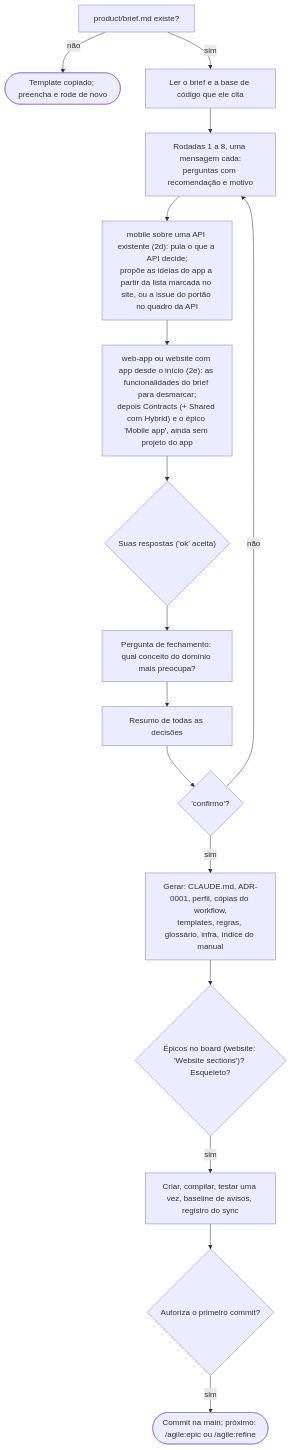
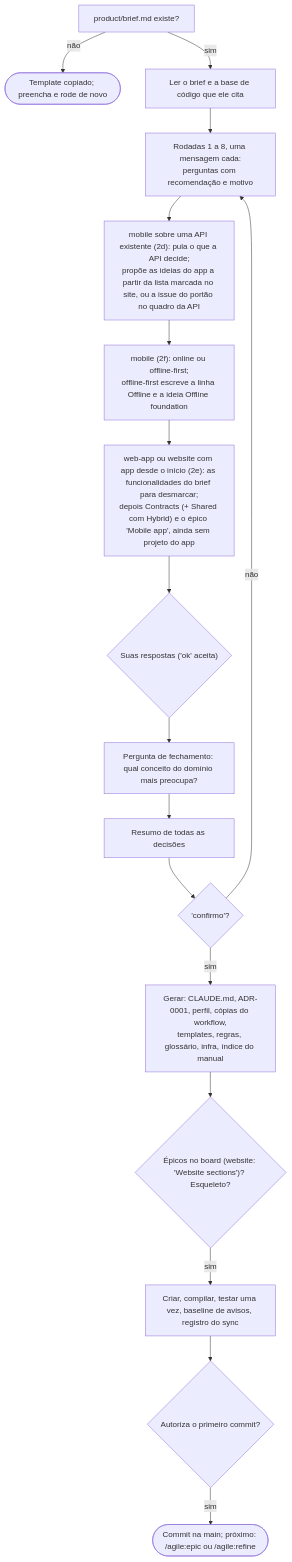
One commit to alexcanario/simulab changed the third of 20 diagrams in docs/agile/workflow.pt-BR.md. Above: the diagram before and after it, drawn with Mermaid. The commit also changed other lines of this file and 4 other files, not shown here.

````diff
--- a/docs/agile/workflow.pt-BR.md
+++ b/docs/agile/workflow.pt-BR.md
@@ -2266,18 +2290,19 @@
 ```mermaid
 flowchart TD
     A["product/brief.md existe?"] -->|não| A1(["Template copiado; preencha e rode de novo"])
     A -->|sim| B["Ler o brief e a base de código que ele cita"]
     B --> C["Rodadas 1 a 8, uma mensagem cada:<br/>perguntas com recomendação e motivo"]
     C --> C1["mobile sobre uma API existente (2d): pula o que a API decide;<br/>propõe as ideias do app a partir da lista marcada no site, ou a issue do portão no quadro da API"]
-    C1 --> C2["web-app ou website com app desde o início (2e): as funcionalidades do brief para desmarcar;<br/>depois Contracts (+ Shared com Hybrid) e o épico 'Mobile app', ainda sem projeto do app"]
+    C1 --> C1b["mobile (2f): online ou offline-first;<br/>offline-first escreve a linha Offline e a ideia Offline foundation"]
+    C1b --> C2["web-app ou website com app desde o início (2e): as funcionalidades do brief para desmarcar;<br/>depois Contracts (+ Shared com Hybrid) e o épico 'Mobile app', ainda sem projeto do app"]
     C2 --> D{"Suas respostas ('ok' aceita)"}
     D --> E["Pergunta de fechamento: qual conceito do domínio mais preocupa?"]
     E --> F["Resumo de todas as decisões"]
     F --> G{"'confirmo'?"}
     G -->|não| C
     G -->|sim| H["Gerar: CLAUDE.md, ADR-0001, perfil, cópias do workflow,<br/>templates, regras, glossário, infra, índice do manual"]
     H --> I{"Épicos no board (website: 'Website sections')? Esqueleto?"}
     I -->|sim| J["Criar, compilar, testar uma vez, baseline de avisos, registro do sync"]
     J --> K{"Autoriza o primeiro commit?"}
     K -->|sim| L(["Commit na main; próximo: /agile:epic ou /agile:refine"])
 ```
````
